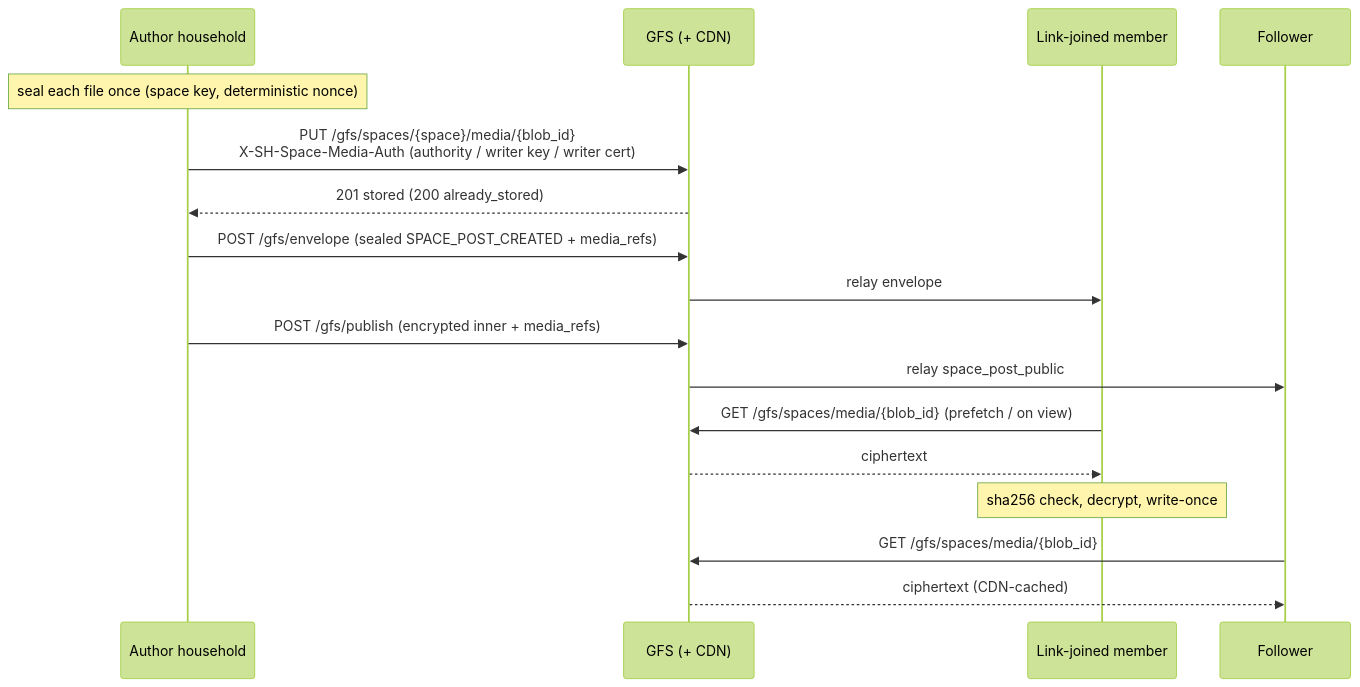
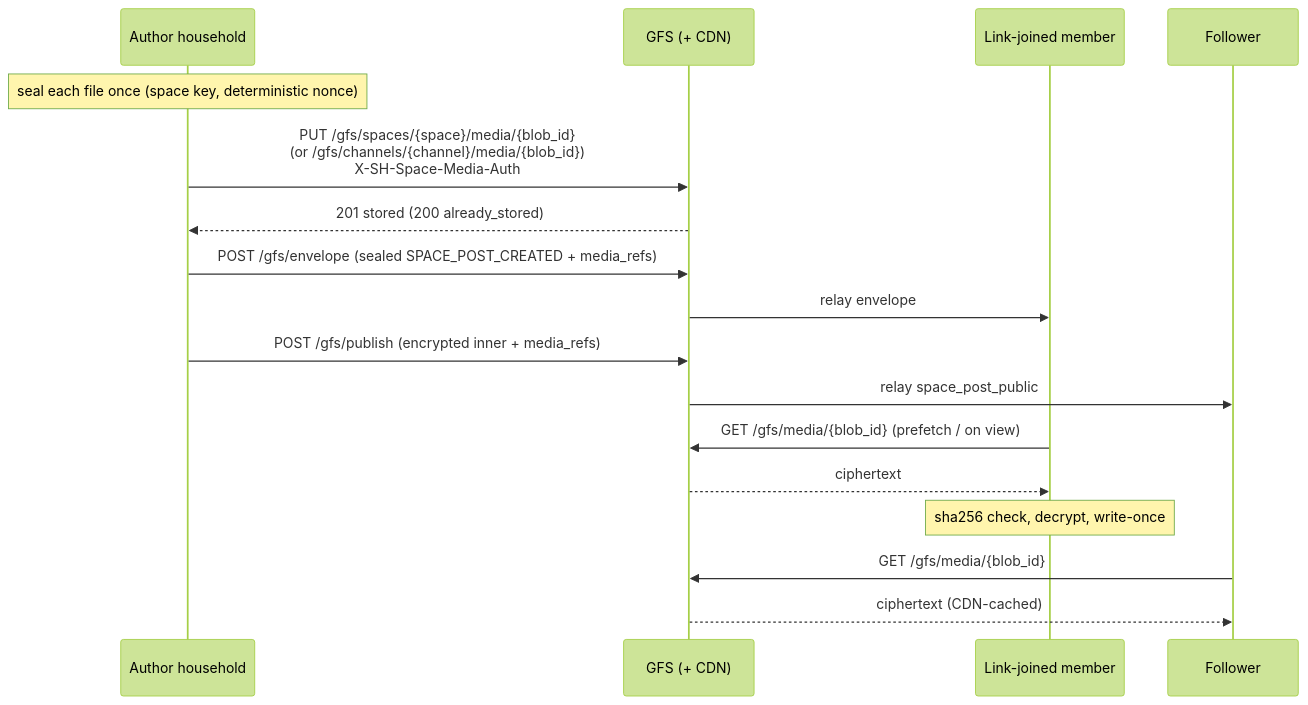
The second of 2 diagrams in docs/protocol/media.md (social-home-io/socialhome), drawn with Mermaid (forest theme) before and after one commit. The commit also changed other lines of this file and 11 other files, not shown here.

First line of the commit message:
Space media: upload under the GFS's space or channel scope, fetch from /gfs/media

````diff
--- a/docs/protocol/media.md
+++ b/docs/protocol/media.md
@@ -259,19 +266,19 @@
 ```mermaid
 sequenceDiagram
     participant A as Author household
     participant G as GFS (+ CDN)
     participant E as Link-joined member
     participant F as Follower
     Note over A: seal each file once (space key, deterministic nonce)
-    A->>G: PUT /gfs/spaces/{space}/media/{blob_id}<br/>X-SH-Space-Media-Auth (authority / writer key / writer cert)
+    A->>G: PUT /gfs/spaces/{space}/media/{blob_id}<br/>(or /gfs/channels/{channel}/media/{blob_id})<br/>X-SH-Space-Media-Auth
     G-->>A: 201 stored (200 already_stored)
     A->>G: POST /gfs/envelope (sealed SPACE_POST_CREATED + media_refs)
     G->>E: relay envelope
     A->>G: POST /gfs/publish (encrypted inner + media_refs)
     G->>F: relay space_post_public
-    E->>G: GET /gfs/spaces/media/{blob_id} (prefetch / on view)
+    E->>G: GET /gfs/media/{blob_id} (prefetch / on view)
     G-->>E: ciphertext
     Note over E: sha256 check, decrypt, write-once
-    F->>G: GET /gfs/spaces/media/{blob_id}
+    F->>G: GET /gfs/media/{blob_id}
     G-->>F: ciphertext (CDN-cached)
 ```
````
